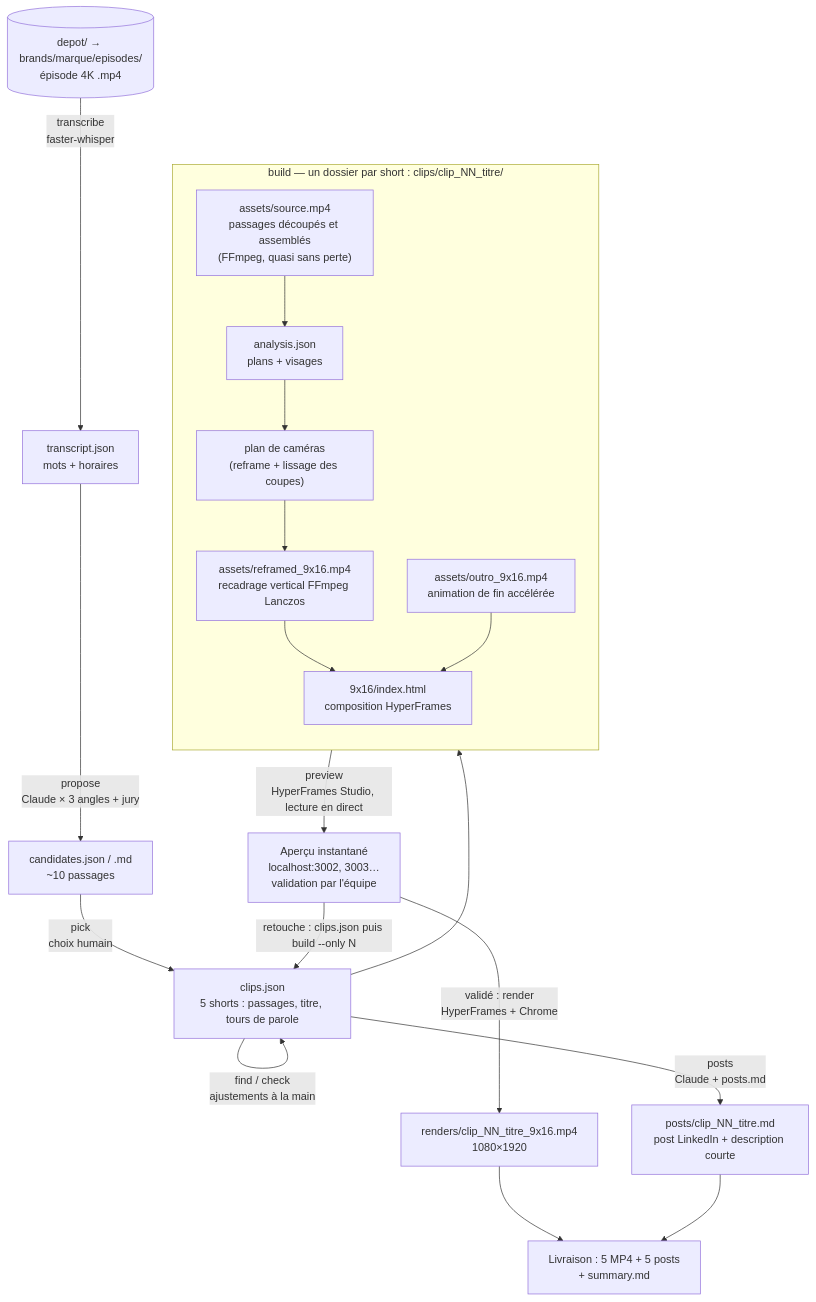
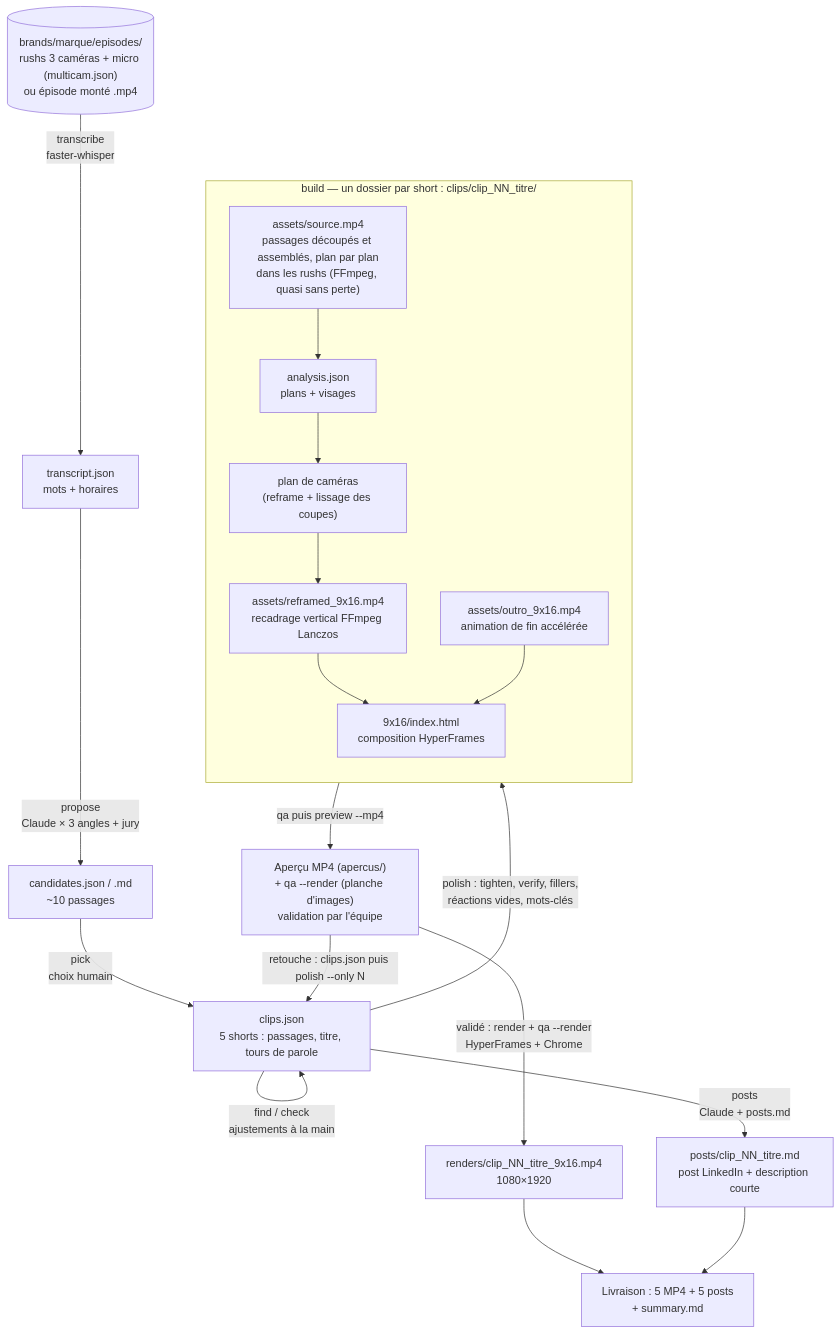
The second of 3 diagrams in docs/ARCHITECTURE.md (arthurw31/podcast-clipper), drawn with Mermaid before and after one commit. The commit also changed other lines of this file and 2 other files, not shown here.

First line of the commit message:
Schéma d'ensemble rushs -> livrables (README) ; anciens schémas mis à jour

````diff
--- a/docs/ARCHITECTURE.md
+++ b/docs/ARCHITECTURE.md
@@ -68,29 +79,29 @@
 ```mermaid
 flowchart TD
-    EP[("depot/ → brands/marque/episodes/<br/>épisode 4K .mp4")]
+    EP[("brands/marque/episodes/<br/>rushs 3 caméras + micro (multicam.json)<br/>ou épisode monté .mp4")]
 
     EP -->|transcribe<br/>faster-whisper| T["transcript.json<br/>mots + horaires"]
     T -->|propose<br/>Claude × 3 angles + jury| CA["candidates.json / .md<br/>~10 passages"]
     CA -->|pick<br/>choix humain| CJ["clips.json<br/>5 shorts : passages, titre, tours de parole"]
     CJ -->|find / check<br/>ajustements à la main| CJ
 
-    CJ --> B
+    CJ -->|polish : tighten, verify, fillers,<br/>réactions vides, mots-clés| B
     subgraph B["build — un dossier par short : clips/clip_NN_titre/"]
         direction TB
-        S1["assets/source.mp4<br/>passages découpés et assemblés<br/>(FFmpeg, quasi sans perte)"]
+        S1["assets/source.mp4<br/>passages découpés et assemblés, plan par plan<br/>dans les rushs (FFmpeg, quasi sans perte)"]
         S2["analysis.json<br/>plans + visages"]
         S3["plan de caméras<br/>(reframe + lissage des coupes)"]
         S4["assets/reframed_9x16.mp4<br/>recadrage vertical FFmpeg Lanczos"]
         S5["assets/outro_9x16.mp4<br/>animation de fin accélérée"]
         S6["9x16/index.html<br/>composition HyperFrames"]
         S1 --> S2 --> S3 --> S4 --> S6
         S5 --> S6
     end
 
-    B -->|preview<br/>HyperFrames Studio, lecture en direct| PV["Aperçu instantané<br/>localhost:3002, 3003…<br/>validation par l'équipe"]
-    PV -->|retouche : clips.json puis build --only N| CJ
-    PV -->|validé : render<br/>HyperFrames + Chrome| R["renders/clip_NN_titre_9x16.mp4<br/>1080×1920"]
+    B -->|qa puis preview --mp4| PV["Aperçu MP4 (apercus/)<br/>+ qa --render (planche d'images)<br/>validation par l'équipe"]
+    PV -->|retouche : clips.json puis polish --only N| CJ
+    PV -->|validé : render + qa --render<br/>HyperFrames + Chrome| R["renders/clip_NN_titre_9x16.mp4<br/>1080×1920"]
     CJ -->|posts<br/>Claude + posts.md| P["posts/clip_NN_titre.md<br/>post LinkedIn + description courte"]
     R --> OUT["Livraison : 5 MP4 + 5 posts<br/>+ summary.md"]
     P --> OUT
 ```
````
